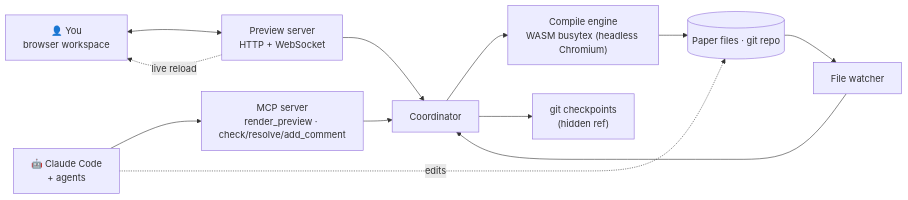
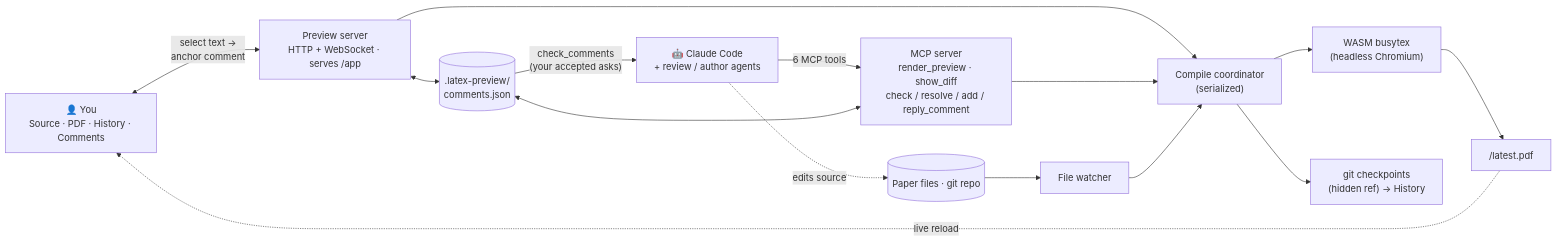
Before and after one commit to Still-chowline394/MagicTeX-mcp: the diagram in README.md, drawn with Mermaid. The commit also changed other lines of this file, not shown here.

Commit message:
README: refresh architecture + workflow diagram
- List all 6 MCP tools (was missing show_diff and reply_to_comment).
- Show the comment loop explicitly: you anchor comments on the rendered doc →
  comments.json → Claude reads them via check_comments → edits source →
  resolve_comment. Add the comments store as a shared node beside git history.
- Rename the workspace node to its real panes (Source · PDF · History · Comments)
  and the ASCII pipeline's endpoint to the /app workspace, not "pdf.js viewer".

````diff
--- a/README.md
+++ b/README.md
@@ -161,13 +161,20 @@
 ```mermaid
 flowchart LR
-  H["👤 You<br/>browser workspace"] <--> SRV["Preview server<br/>HTTP + WebSocket"]
-  A["🤖 Claude Code<br/>+ agents"] --> MCP["MCP server<br/>render_preview · check/resolve/add_comment"]
-  MCP --> CO["Coordinator"]
-  SRV --> CO
-  CO --> ENG["Compile engine<br/>WASM busytex (headless Chromium)"]
-  ENG --> FILES[("Paper files · git repo")]
+  H["👤 You<br/>Source · PDF · History · Comments"]
+  A["🤖 Claude Code<br/>+ review / author agents"]
+
+  H <-->|"select text →<br/>anchor comment"| SRV["Preview server<br/>HTTP + WebSocket · serves /app"]
+  A -->|"6 MCP tools"| MCP["MCP server<br/>render_preview · show_diff<br/>check / resolve / add / reply_comment"]
+
+  SRV --> CO["Compile coordinator<br/>(serialized)"]
+  MCP --> CO
+  A -. edits source .-> FILES[("Paper files · git repo")]
   FILES --> WATCH["File watcher"] --> CO
-  CO --> CK["git checkpoints<br/>(hidden ref)"]
-  A -. edits .-> FILES
-  SRV -. live reload .-> H
+  CO --> ENG["WASM busytex<br/>(headless Chromium)"] --> PDF["/latest.pdf"]
+  PDF -. live reload .-> H
+  CO --> CK["git checkpoints<br/>(hidden ref) → History"]
+
+  SRV <--> CJSON[(".latex-preview/<br/>comments.json")]
+  MCP <--> CJSON
+  CJSON -->|"check_comments<br/>(your accepted asks)"| A
 ```
````
